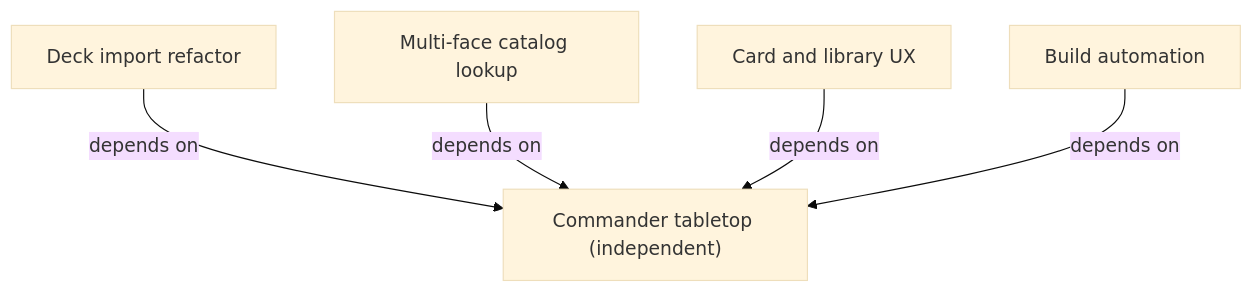
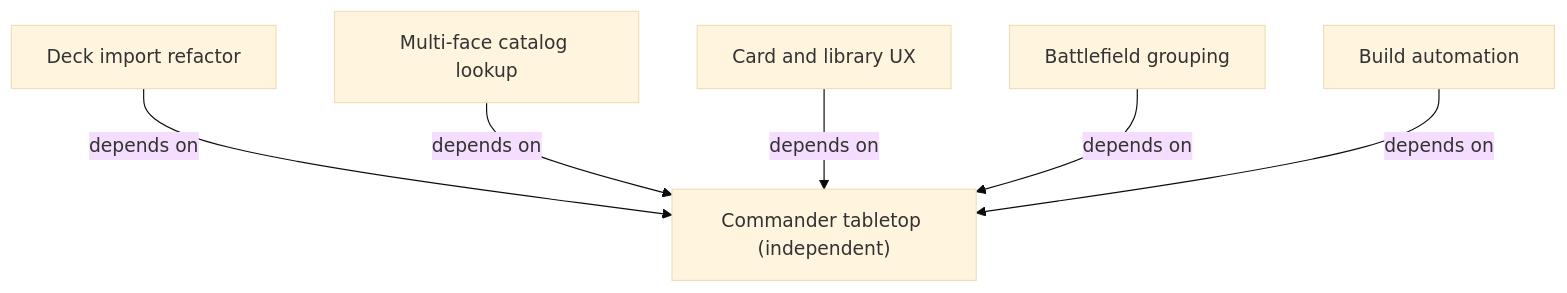
The diagram in spec/INDEX.md (gossagomez-new/mtgcmd), drawn with Mermaid (base theme) before and after one commit. The commit also changed other lines of this file and 7 other files, not shown here.

````diff
--- a/spec/INDEX.md
+++ b/spec/INDEX.md
@@ -15,12 +16,14 @@
 ```mermaid
 flowchart TD
     tabletop["Commander tabletop (independent)"]
     build["Build automation"]
     imports["Deck import refactor"]
     imports -->|depends on| tabletop
     catalog["Multi-face catalog lookup"]
     catalog -->|depends on| tabletop
     ux["Card and library UX"]
     ux -->|depends on| tabletop
+    grouping["Battlefield grouping"]
+    grouping -->|depends on| tabletop
     build -->|depends on| tabletop
 ```
````
